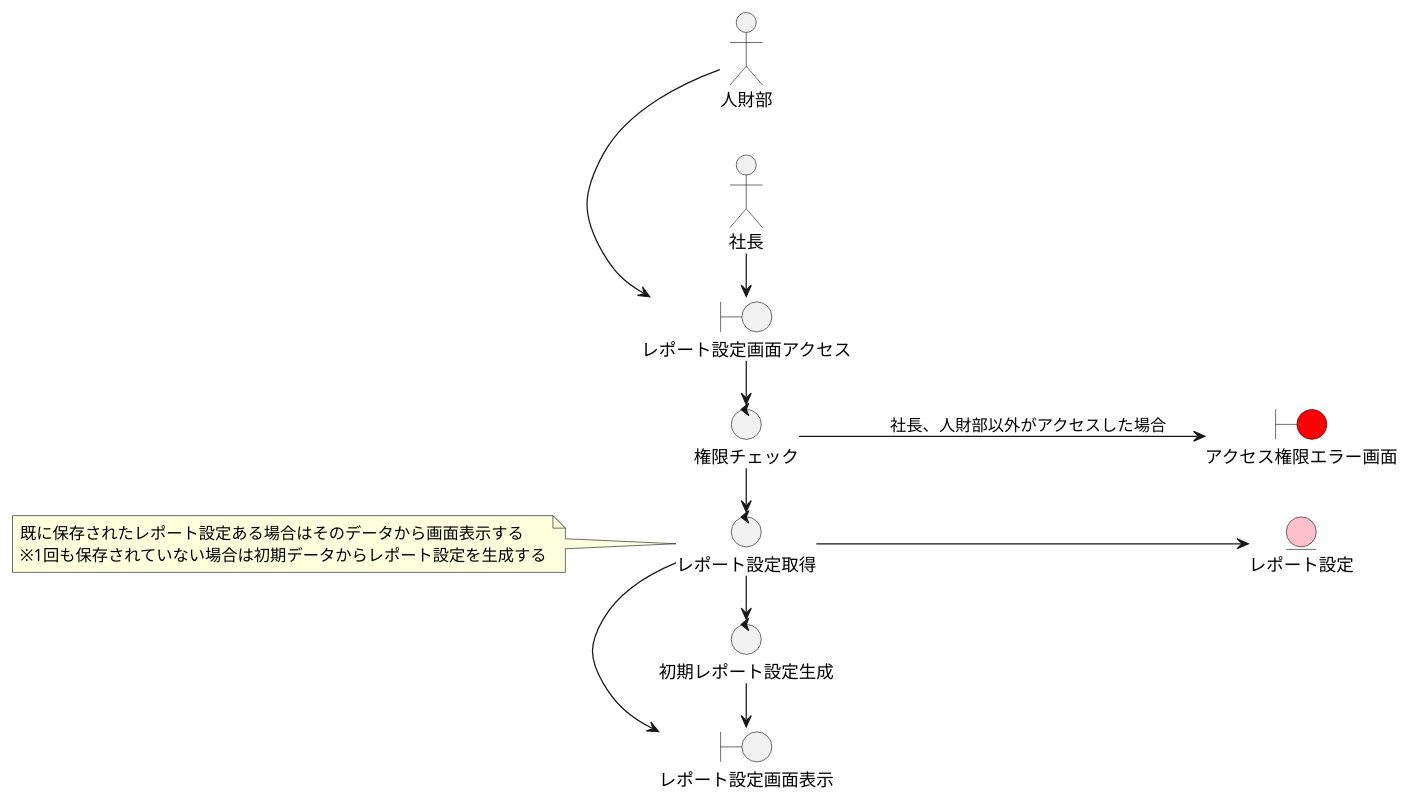
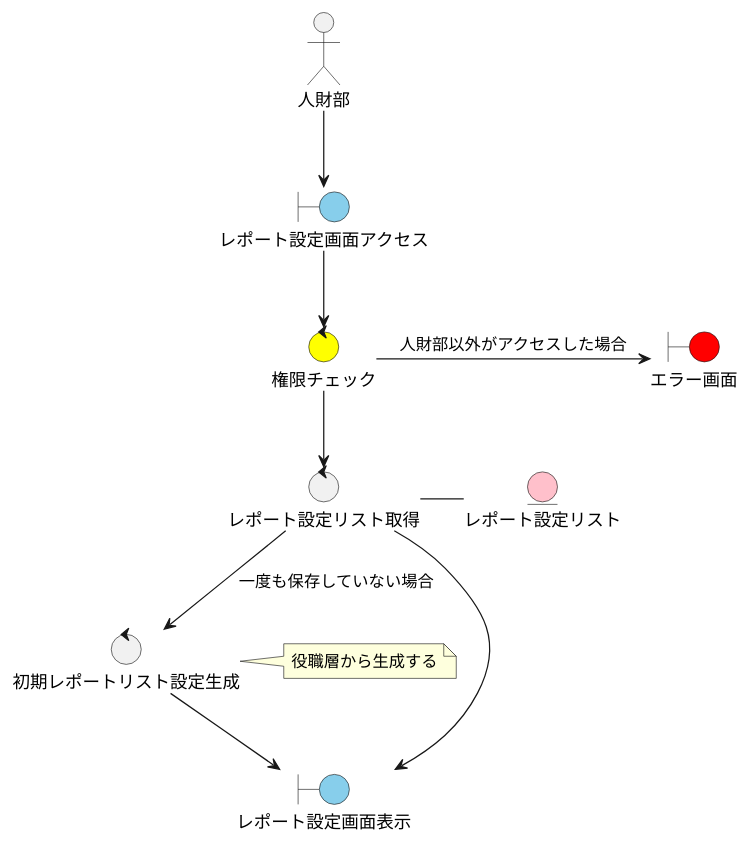
One commit to Nke0628/document changed the diagram in 昇格推薦/ロバストネス図/レポート設定画面を表示する.pu. Above: the diagram before and after it, drawn with PlantUML. The commit also changed 2 other files, not shown here.

Commit message:
レポート設定周りのドメインモデル、ロバストネス図更新

```diff
--- a/昇格推薦/ロバストネス図/レポート設定画面を表示する.pu
+++ b/昇格推薦/ロバストネス図/レポート設定画面を表示する.pu
@@ -1,40 +1,35 @@
 @startuml
 
-left to right direction
+top to bottom direction
 
 'アクター
 actor 人財部
-actor 社長
-
 
 'バウンダリ
-boundary レポート設定画面アクセス 
-boundary レポート設定画面表示
-boundary アクセス権限エラー画面 #red
+boundary レポート設定画面アクセス #skyblue
+boundary レポート設定画面表示 #skyblue
+boundary エラー画面 #red
 
 'コントロール
-control 権限チェック
-control レポート設定取得
-note left of レポート設定取得
-既に保存されたレポート設定ある場合はそのデータから画面表示する
-※1回も保存されていない場合は初期データからレポート設定を生成する
-end note
-control 初期レポート設定生成
+control 権限チェック #Yellow
+control レポート設定リスト取得
+control 初期レポートリスト設定生成
+note right of 初期レポートリスト設定生成
+役職層から生成する
+end note 
 
 'エンティティ
-entity レポート設定 #pink
+entity レポート設定リスト #pink
 
 '処理概要
-人財部 -> レポート設定画面アクセス
-社長 -> レポート設定画面アクセス
-レポート設定画面アクセス -> 権限チェック
-権限チェック -> レポート設定取得
-権限チェック --> アクセス権限エラー画面 : 社長、人財部以外がアクセスした場合
-レポート設定取得 --> レポート設定
-レポート設定取得 -> レポート設定画面表示
-レポート設定取得 -> 初期レポート設定生成
-初期レポート設定生成 -> レポート設定画面表示
-
+人財部 --> レポート設定画面アクセス
+レポート設定画面アクセス --> 権限チェック
+権限チェック --> レポート設定リスト取得
+権限チェック -> エラー画面 : 人財部以外がアクセスした場合
+レポート設定リスト取得 - レポート設定リスト
+レポート設定リスト取得 --> レポート設定画面表示
+レポート設定リスト取得 --> 初期レポートリスト設定生成 : 一度も保存していない場合
+初期レポートリスト設定生成 --> レポート設定画面表示
 
 
 @enduml
```
